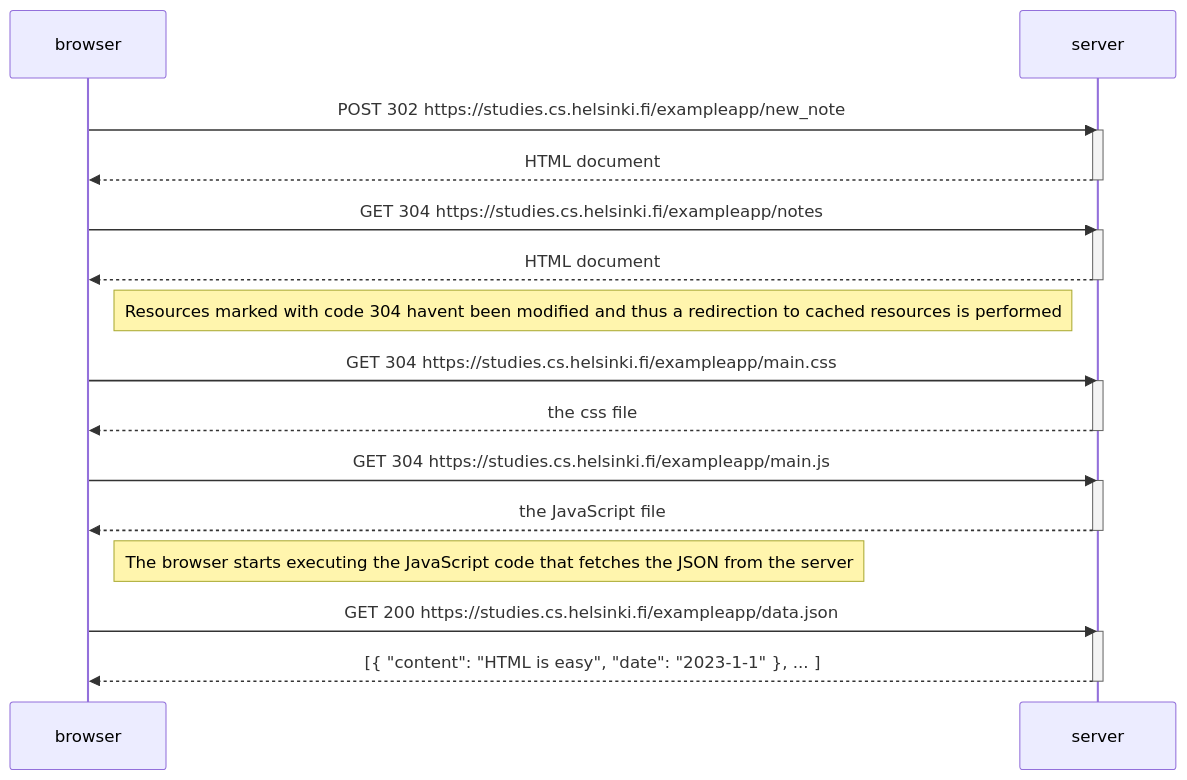
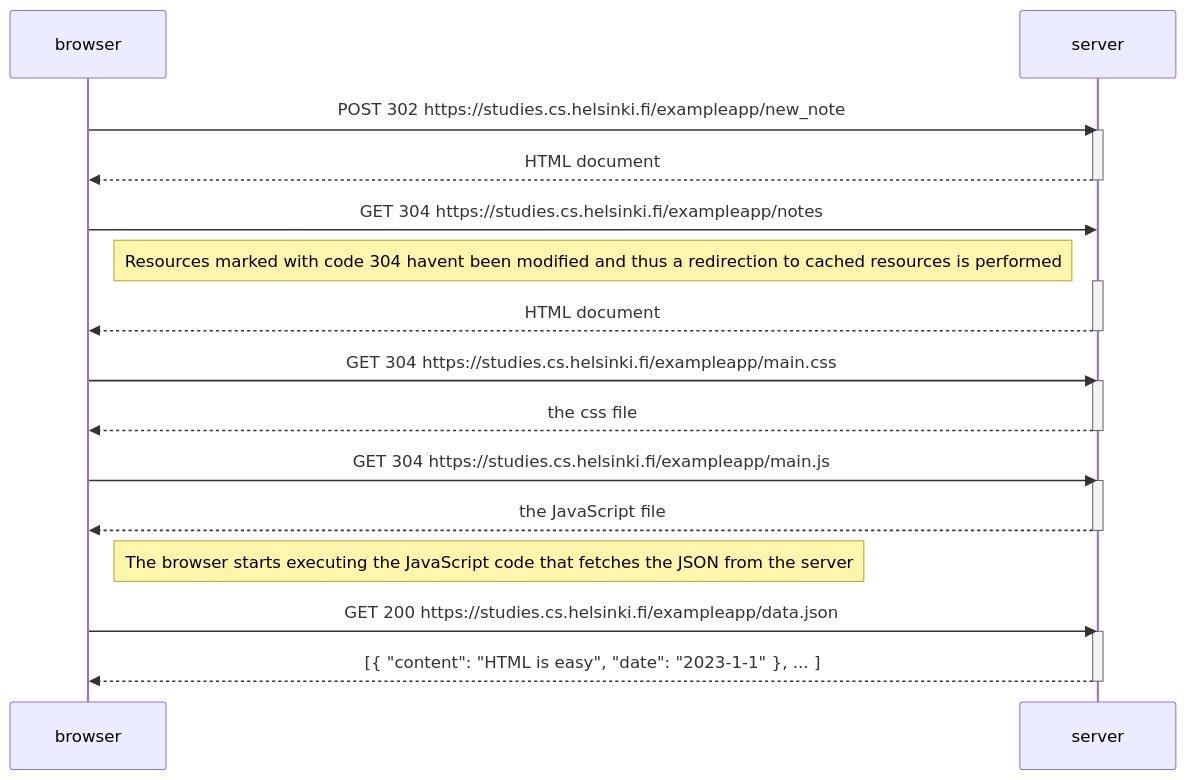
Before and after one commit to PTJaeger/palautusrepositorio: the diagram in osa0/04.md, drawn with Mermaid.

````diff
--- a/osa0/04.md
+++ b/osa0/04.md
@@ -1,34 +1,35 @@
 ```mermaid
 sequenceDiagram
     participant browser
     participant server
     
     browser->>server: POST 302 https://studies.cs.helsinki.fi/exampleapp/new_note 
     activate server
     server-->>browser: HTML document
     deactivate server
 
     browser->>server: GET 304 https://studies.cs.helsinki.fi/exampleapp/notes 
+    Note right of browser: Resources marked with code 304 havent been modified and thus a redirection to cached resources is performed
     activate server
     server-->>browser: HTML document
     deactivate server
 
-    Note right of browser: Resources marked with code 304 havent been modified and thus a redirection to cached resources is performed
+    
     
     browser->>server: GET 304 https://studies.cs.helsinki.fi/exampleapp/main.css 
     activate server
     server-->>browser: the css file
     deactivate server
     
     browser->>server: GET 304 https://studies.cs.helsinki.fi/exampleapp/main.js 
     activate server
     server-->>browser: the JavaScript file
     deactivate server
     
     Note right of browser: The browser starts executing the JavaScript code that fetches the JSON from the server
     
     browser->>server: GET 200 https://studies.cs.helsinki.fi/exampleapp/data.json 
     activate server
     server-->>browser: [{ "content": "HTML is easy", "date": "2023-1-1" }, ... ]
     deactivate server
 ```
````
